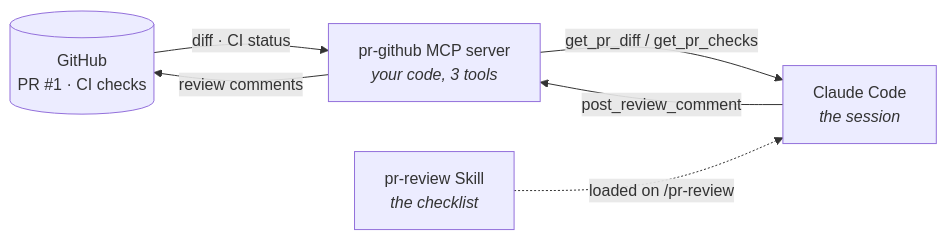
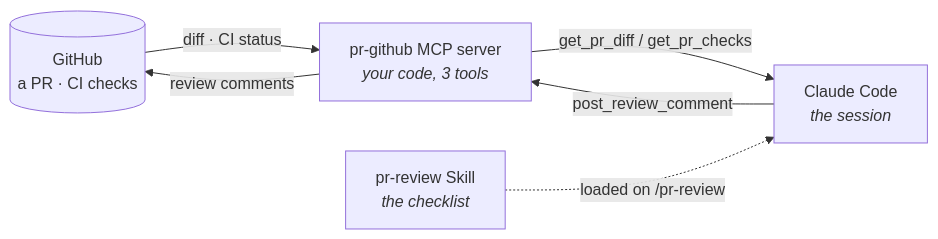
Before and after one commit to Roli24/mcp-skill-demo: the diagram in README.md, drawn with Mermaid. The commit also changed other lines of this file and 3 other files, not shown here.

````diff
--- a/README.md
+++ b/README.md
@@ -25,13 +28,13 @@
 ```mermaid
 flowchart LR
-    GH[("GitHub<br/>PR #1 · CI checks")]
+    GH[("GitHub<br/>a PR · CI checks")]
     MCP["pr-github MCP server<br/><i>your code, 3 tools</i>"]
     C["Claude Code<br/><i>the session</i>"]
     SK["pr-review Skill<br/><i>the checklist</i>"]
 
     GH -- "diff · CI status" --> MCP
     MCP -- "get_pr_diff / get_pr_checks" --> C
     C -- "post_review_comment" --> MCP
     MCP -- "review comments" --> GH
     SK -. "loaded on /pr-review" .-> C
 ```
````
